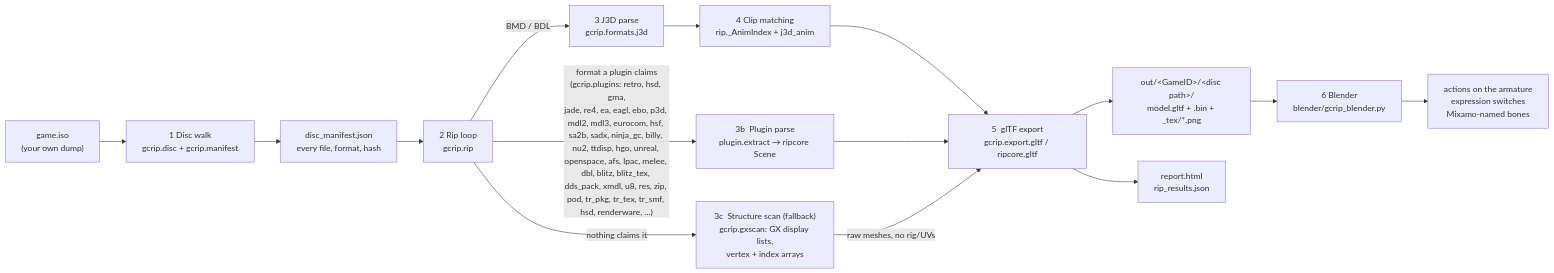
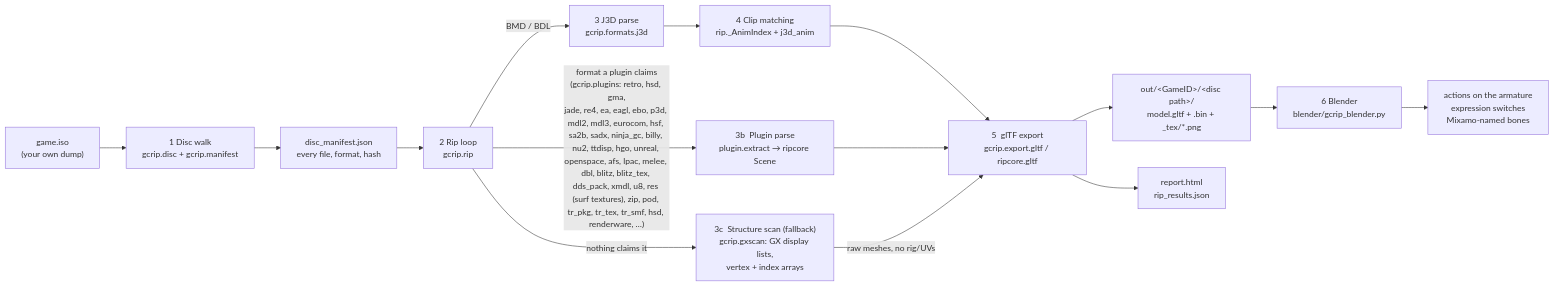
One commit to Felbs/3d-ripper-9000 changed the first of 9 diagrams in docs/PIPELINE.md. Above: the diagram before and after it, drawn with Mermaid. The commit also changed 5 other files, not shown here.

````diff
--- a/docs/PIPELINE.md
+++ b/docs/PIPELINE.md
@@ -11,17 +11,17 @@
 ```mermaid
 flowchart LR
     ISO["game.iso<br/>(your own dump)"] --> WALK["1  Disc walk<br/>gcrip.disc + gcrip.manifest"]
     WALK --> MAN["disc_manifest.json<br/>every file, format, hash"]
     MAN --> RIP["2  Rip loop<br/>gcrip.rip"]
     RIP -->|"BMD / BDL"| J3D["3  J3D parse<br/>gcrip.formats.j3d"]
-    RIP -->|"format a plugin claims<br/>(gcrip.plugins: retro, hsd, gma,<br/>jade, re4, ea, eagl, ebo, p3d, mdl2, mdl3, eurocom, hsf, sa2b, sadx, ninja_gc, billy, nu2, ttdisp, hgo, unreal, openspace, afs, lpac, melee, dbl, blitz, blitz_tex, dds_pack, xmdl, u8, res, zip, pod, tr_pkg, tr_tex, tr_smf, hsd, renderware, …)"| PLUG["3b  Plugin parse<br/>plugin.extract → ripcore Scene"]
+    RIP -->|"format a plugin claims<br/>(gcrip.plugins: retro, hsd, gma,<br/>jade, re4, ea, eagl, ebo, p3d, mdl2, mdl3, eurocom, hsf, sa2b, sadx, ninja_gc, billy, nu2, ttdisp, hgo, unreal, openspace, afs, lpac, melee, dbl, blitz, blitz_tex, dds_pack, xmdl, u8, res (surf textures), zip, pod, tr_pkg, tr_tex, tr_smf, hsd, renderware, …)"| PLUG["3b  Plugin parse<br/>plugin.extract → ripcore Scene"]
     RIP -->|"nothing claims it"| GX["3c  Structure scan (fallback)<br/>gcrip.gxscan: GX display lists,<br/>vertex + index arrays"]
     J3D --> ANIM["4  Clip matching<br/>rip._AnimIndex + j3d_anim"]
     ANIM --> GLTF["5  glTF export<br/>gcrip.export.gltf / ripcore.gltf"]
     PLUG --> GLTF
     GX -->|"raw meshes, no rig/UVs"| GLTF
     GLTF --> OUT["out/&lt;GameID&gt;/&lt;disc path&gt;/<br/>model.gltf + .bin + _tex/*.png"]
     GLTF --> REP["report.html<br/>rip_results.json"]
     OUT --> BL["6  Blender<br/>blender/gcrip_blender.py"]
     BL --> PLAY["actions on the armature<br/>expression switches<br/>Mixamo-named bones"]
 ```
````
